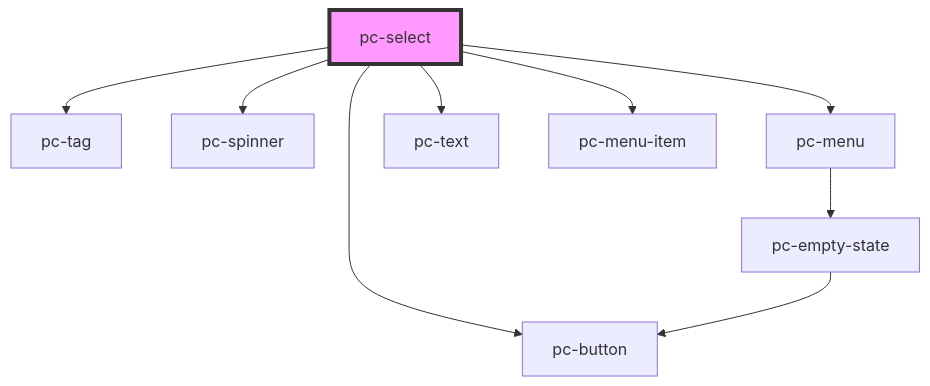
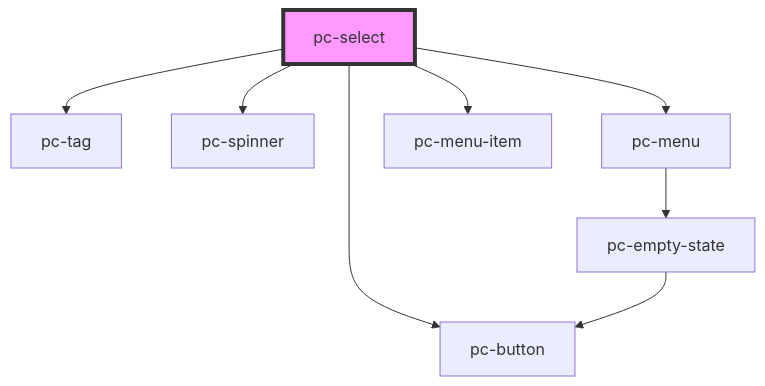
Before and after one commit to redvars/peacock: the diagram in src/components/input-controls/select/readme.md, drawn with Mermaid. The commit also changed other lines of this file and 62 other files, not shown here.

````diff
--- a/src/components/input-controls/select/readme.md
+++ b/src/components/input-controls/select/readme.md
@@ -106,12 +105,11 @@
 ```mermaid
 graph TD;
   pc-select --> pc-tag
   pc-select --> pc-button
   pc-select --> pc-spinner
   pc-select --> pc-menu
-  pc-select --> pc-text
   pc-select --> pc-menu-item
   pc-menu --> pc-empty-state
   pc-empty-state --> pc-button
   style pc-select fill:#f9f,stroke:#333,stroke-width:4px
 ```
````
